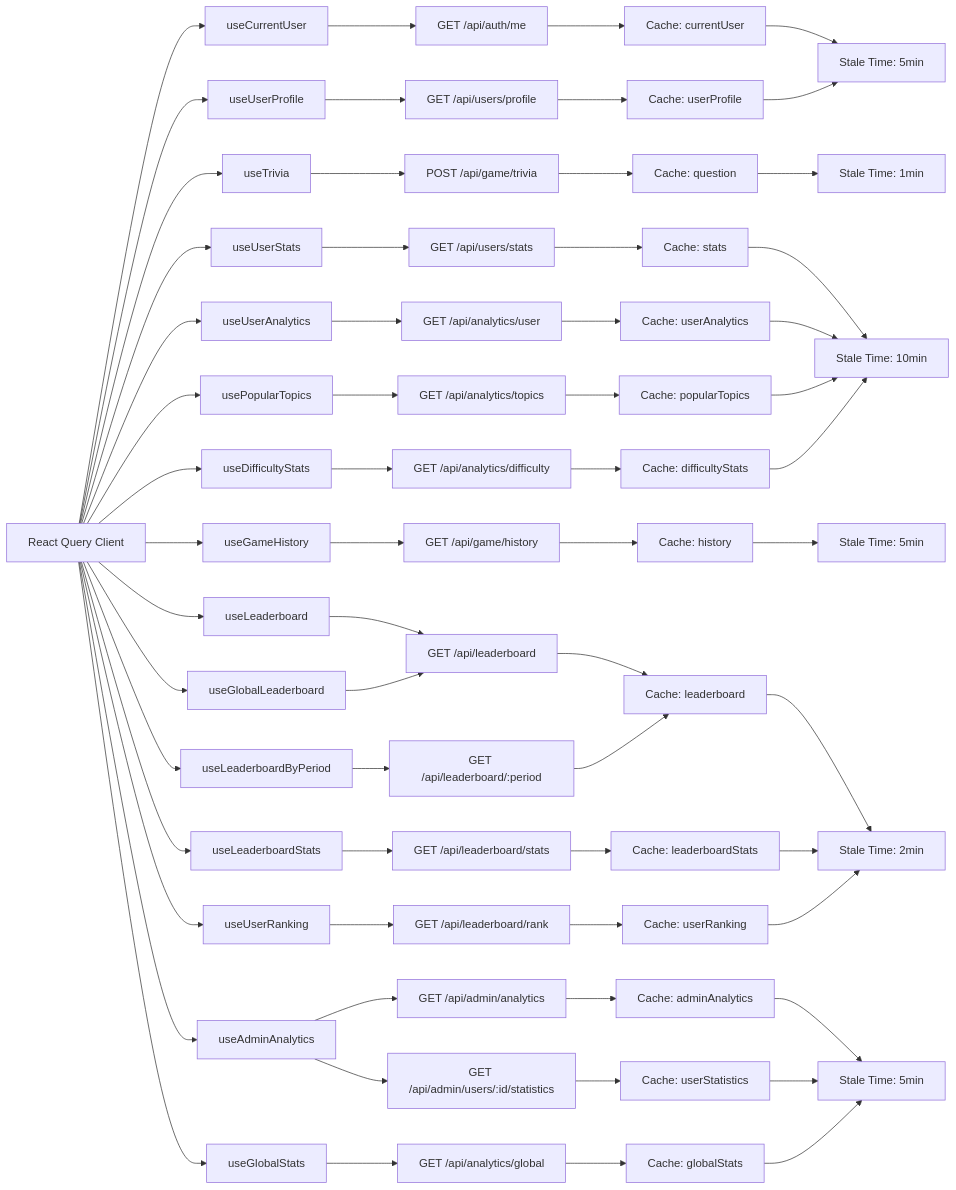
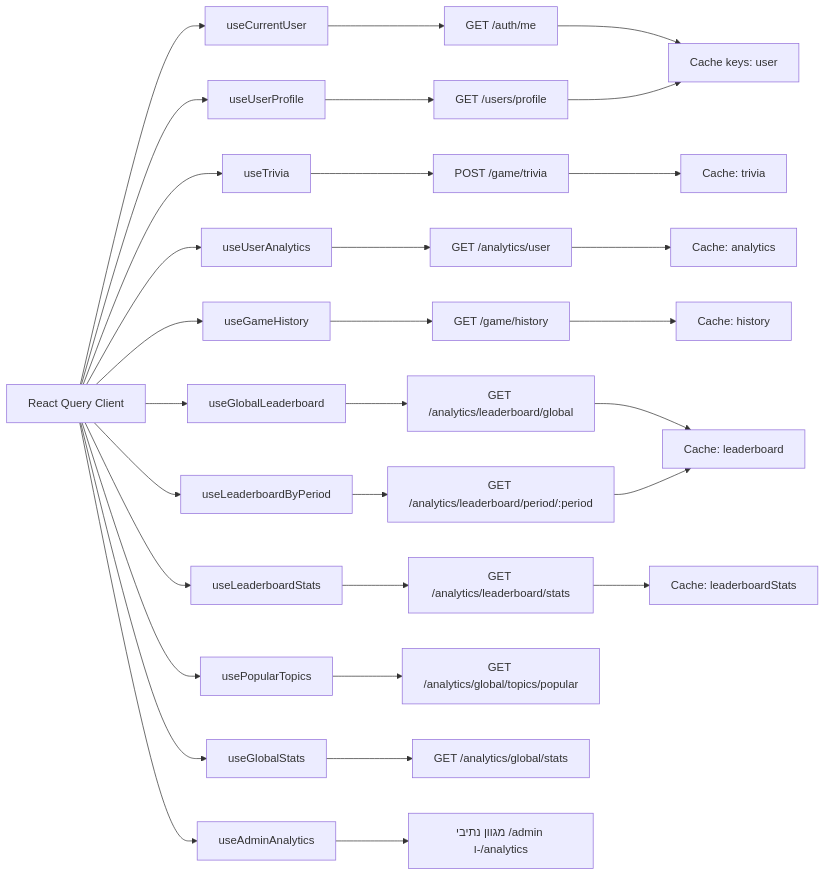
Before and after one commit to IsraelRub/EveryTriv: diagram 19 of 31 in docs/DIAGRAMS.md, drawn with Mermaid. The commit also changed other lines of this file and 148 other files, not shown here.

First line of the commit message:
feat: email-gated profile, game text gate, session/multiplayer flows, Newman sync

````diff
--- a/docs/DIAGRAMS.md
+++ b/docs/DIAGRAMS.md
@@ -1078,66 +1128,35 @@
 ```mermaid
 graph LR
     A[React Query Client] --> B[useCurrentUser]
     A --> C[useUserProfile]
     A --> D[useTrivia]
-    A --> E[useUserStats]
+    A --> E[useUserAnalytics]
     A --> F[useGameHistory]
-    A --> G[useLeaderboard]
-    A --> H[useLeaderboardStats]
-    A --> I[useUserAnalytics]
-    A --> J[useAdminAnalytics]
-    A --> K[usePopularTopics]
-    A --> L[useDifficultyStats]
-    A --> M[useGlobalStats]
-    A --> N[useUserRanking]
-    A --> O[useGlobalLeaderboard]
-    A --> P[useLeaderboardByPeriod]
-    
-    B --> Q[GET /api/auth/me]
-    C --> R[GET /api/users/profile]
-    D --> S[POST /api/game/trivia]
-    E --> T[GET /api/users/stats]
-    F --> U[GET /api/game/history]
-    G --> V[GET /api/leaderboard]
-    H --> W[GET /api/leaderboard/stats]
-    I --> X[GET /api/analytics/user]
-    J --> Y[GET /api/admin/analytics]
-    J --> Z[GET /api/admin/users/:id/statistics]
-    K --> AA[GET /api/analytics/topics]
-    L --> AB[GET /api/analytics/difficulty]
-    M --> AC[GET /api/analytics/global]
-    N --> AD[GET /api/leaderboard/rank]
-    O --> V
-    P --> AE[GET /api/leaderboard/:period]
-    
-    Q --> AF[Cache: currentUser]
-    R --> AG[Cache: userProfile]
-    S --> AH[Cache: question]
-    T --> AI[Cache: stats]
-    U --> AJ[Cache: history]
-    V --> AK[Cache: leaderboard]
-    W --> AL[Cache: leaderboardStats]
-    X --> AM[Cache: userAnalytics]
-    Y --> AN[Cache: adminAnalytics]
-    Z --> AO[Cache: userStatistics]
-    AA --> AP[Cache: popularTopics]
-    AB --> AQ[Cache: difficultyStats]
-    AC --> AR[Cache: globalStats]
-    AD --> AS[Cache: userRanking]
-    AE --> AK
-    
-    AF --> AT[Stale Time: 5min]
-    AG --> AT
-    AH --> AU[Stale Time: 1min]
-    AI --> AV[Stale Time: 10min]
-    AJ --> AW[Stale Time: 5min]
-    AK --> AX[Stale Time: 2min]
-    AL --> AX
-    AM --> AV
-    AN --> AY[Stale Time: 5min]
-    AO --> AY
-    AP --> AV
-    AQ --> AV
-    AR --> AY
-    AS --> AX
+    A --> G[useGlobalLeaderboard]
+    A --> H[useLeaderboardByPeriod]
+    A --> I[useLeaderboardStats]
+    A --> J[usePopularTopics]
+    A --> K[useGlobalStats]
+    A --> L[useAdminAnalytics]
+
+    B --> M[GET /auth/me]
+    C --> N[GET /users/profile]
+    D --> O[POST /game/trivia]
+    E --> P[GET /analytics/user]
+    F --> Q[GET /game/history]
+    G --> R[GET /analytics/leaderboard/global]
+    H --> S[GET /analytics/leaderboard/period/:period]
+    I --> T[GET /analytics/leaderboard/stats]
+    J --> U[GET /analytics/global/topics/popular]
+    K --> V[GET /analytics/global/stats]
+    L --> W[מגוון נתיבי /admin ו-/analytics]
+
+    M --> X[Cache keys: user]
+    N --> X
+    O --> Y[Cache: trivia]
+    P --> Z[Cache: analytics]
+    Q --> AA[Cache: history]
+    R --> AB[Cache: leaderboard]
+    S --> AB
+    T --> AC[Cache: leaderboardStats]
 ```
````
